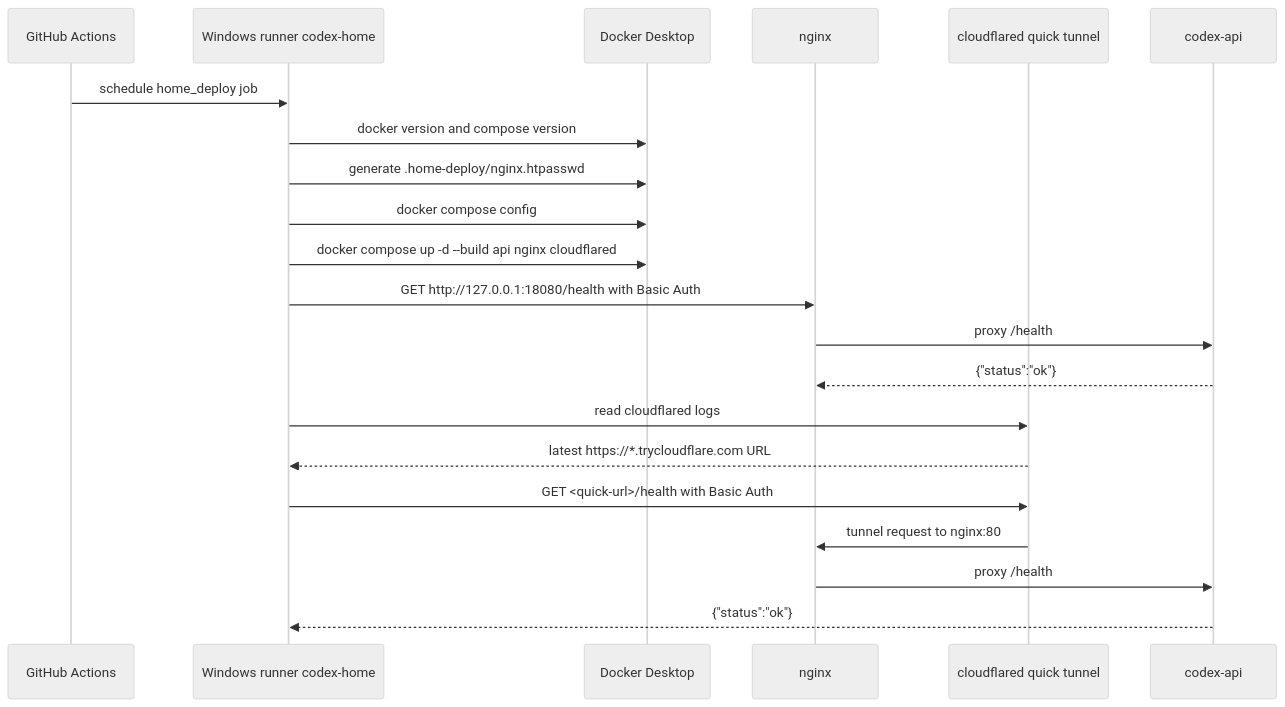
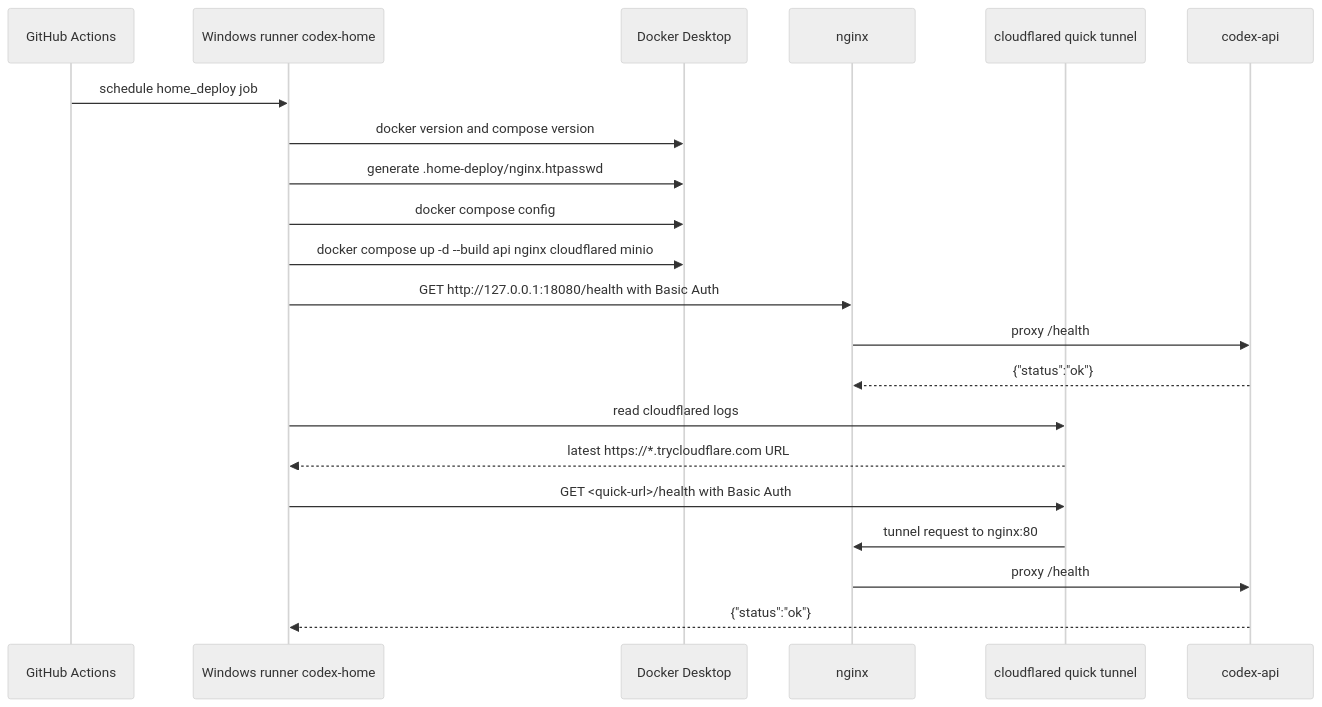
One commit to Mabaragi/codex-youtube-pipeline changed the third of 5 diagrams in docs/CICD.md. Above: the diagram before and after it, drawn with Mermaid (neutral theme). The commit also changed other lines of this file and 20 other files, not shown here.

````diff
--- a/docs/CICD.md
+++ b/docs/CICD.md
@@ -83,24 +83,24 @@
 ```mermaid
 sequenceDiagram
     participant GH as GitHub Actions
     participant Runner as Windows runner codex-home
     participant Docker as Docker Desktop
     participant Nginx as nginx
     participant CF as cloudflared quick tunnel
     participant API as codex-api
 
     GH->>Runner: schedule home_deploy job
     Runner->>Docker: docker version and compose version
     Runner->>Docker: generate .home-deploy/nginx.htpasswd
     Runner->>Docker: docker compose config
-    Runner->>Docker: docker compose up -d --build api nginx cloudflared
+    Runner->>Docker: docker compose up -d --build api nginx cloudflared minio
     Runner->>Nginx: GET http://127.0.0.1:18080/health with Basic Auth
     Nginx->>API: proxy /health
     API-->>Nginx: {"status":"ok"}
     Runner->>CF: read cloudflared logs
     CF-->>Runner: latest https://*.trycloudflare.com URL
     Runner->>CF: GET <quick-url>/health with Basic Auth
     CF->>Nginx: tunnel request to nginx:80
     Nginx->>API: proxy /health
     API-->>Runner: {"status":"ok"}
 ```
````
